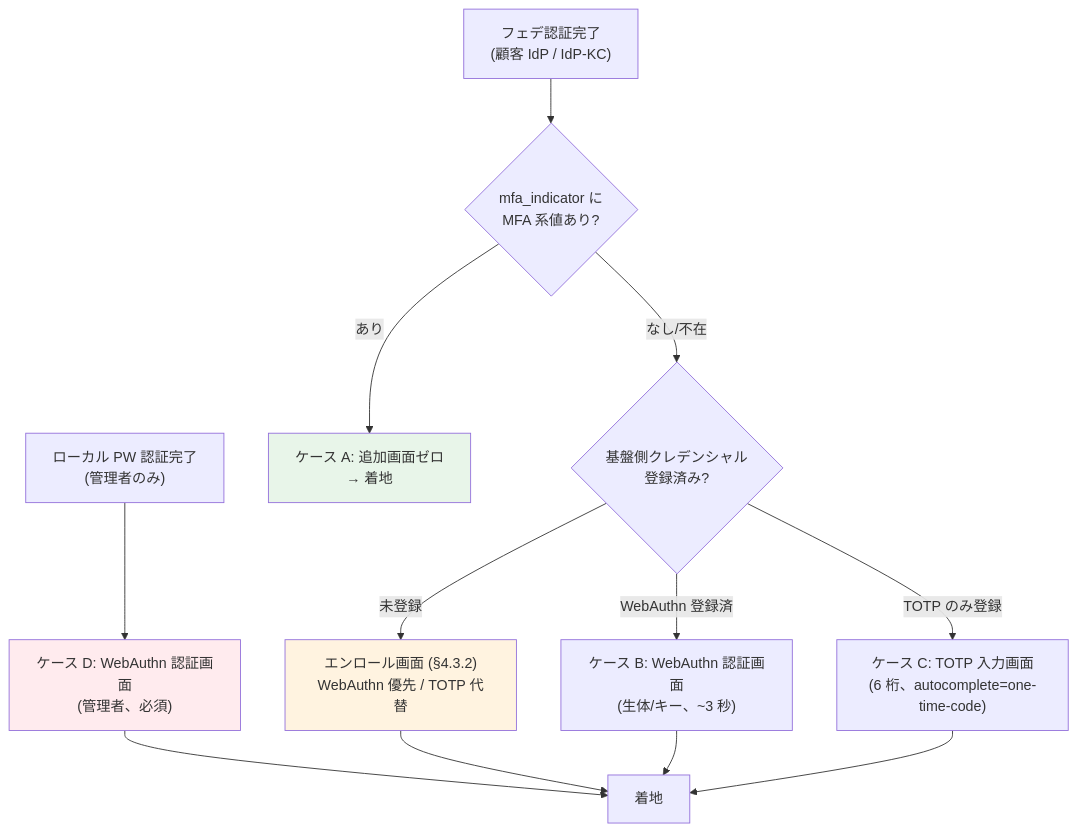
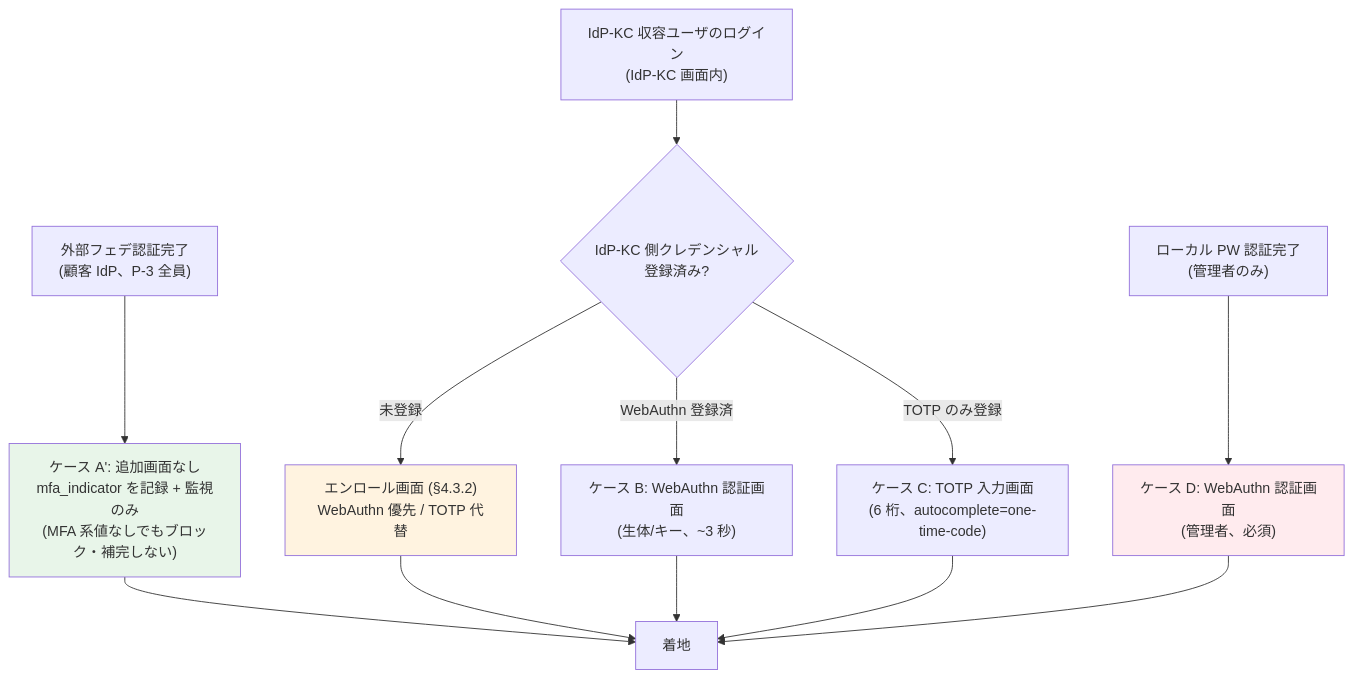
One commit to suepie/aws-atuh-poc changed the second of 3 diagrams in doc/basic-design/04-auth-ux-design.md. Above: the diagram before and after it, drawn with Mermaid. The commit also changed other lines of this file and 84 other files, not shown here.

````diff
--- a/doc/basic-design/04-auth-ux-design.md
+++ b/doc/basic-design/04-auth-ux-design.md
@@ -168,28 +172,24 @@
 ```mermaid
 flowchart TB
-    Fed["フェデ認証完了<br/>(顧客 IdP / IdP-KC)"]
+    ExtFed["外部フェデ認証完了<br/>(顧客 IdP、P-3 全員)"]
+    KCFed["IdP-KC 収容ユーザのログイン<br/>(IdP-KC 画面内)"]
     Local["ローカル PW 認証完了<br/>(管理者のみ)"]
-    Q1{"mfa_indicator に<br/>MFA 系値あり?"}
-    Q2{"基盤側クレデンシャル<br/>登録済み?"}
-    A["ケース A: 追加画面ゼロ<br/>→ 着地"]
+    A["ケース A': 追加画面なし<br/>mfa_indicator を記録 + 監視のみ<br/>(MFA 系値なしでもブロック・補完しない)"]
+    Q2{"IdP-KC 側クレデンシャル<br/>登録済み?"}
     Enroll["エンロール画面 (§4.3.2)<br/>WebAuthn 優先 / TOTP 代替"]
     B["ケース B: WebAuthn 認証画面<br/>(生体/キー、~3 秒)"]
     C["ケース C: TOTP 入力画面<br/>(6 桁、autocomplete=one-time-code)"]
     D["ケース D: WebAuthn 認証画面<br/>(管理者、必須)"]
+    A2["着地"]
 
-    Fed --> Q1
-    Q1 -->|あり| A
-    Q1 -->|なし/不在| Q2
-    Q2 -->|未登録| Enroll
-    Q2 -->|WebAuthn 登録済| B
-    Q2 -->|TOTP のみ登録| C
-    Local --> D
-    B --> A2["着地"]
-    C --> A2
-    D --> A2
-    Enroll --> A2
+    ExtFed --> A --> A2
+    KCFed --> Q2
+    Q2 -->|未登録| Enroll --> A2
+    Q2 -->|WebAuthn 登録済| B --> A2
+    Q2 -->|TOTP のみ登録| C --> A2
+    Local --> D --> A2
 
     style A fill:#e8f5e9
     style Enroll fill:#fff3e0
     style D fill:#ffebee
 ```
````
